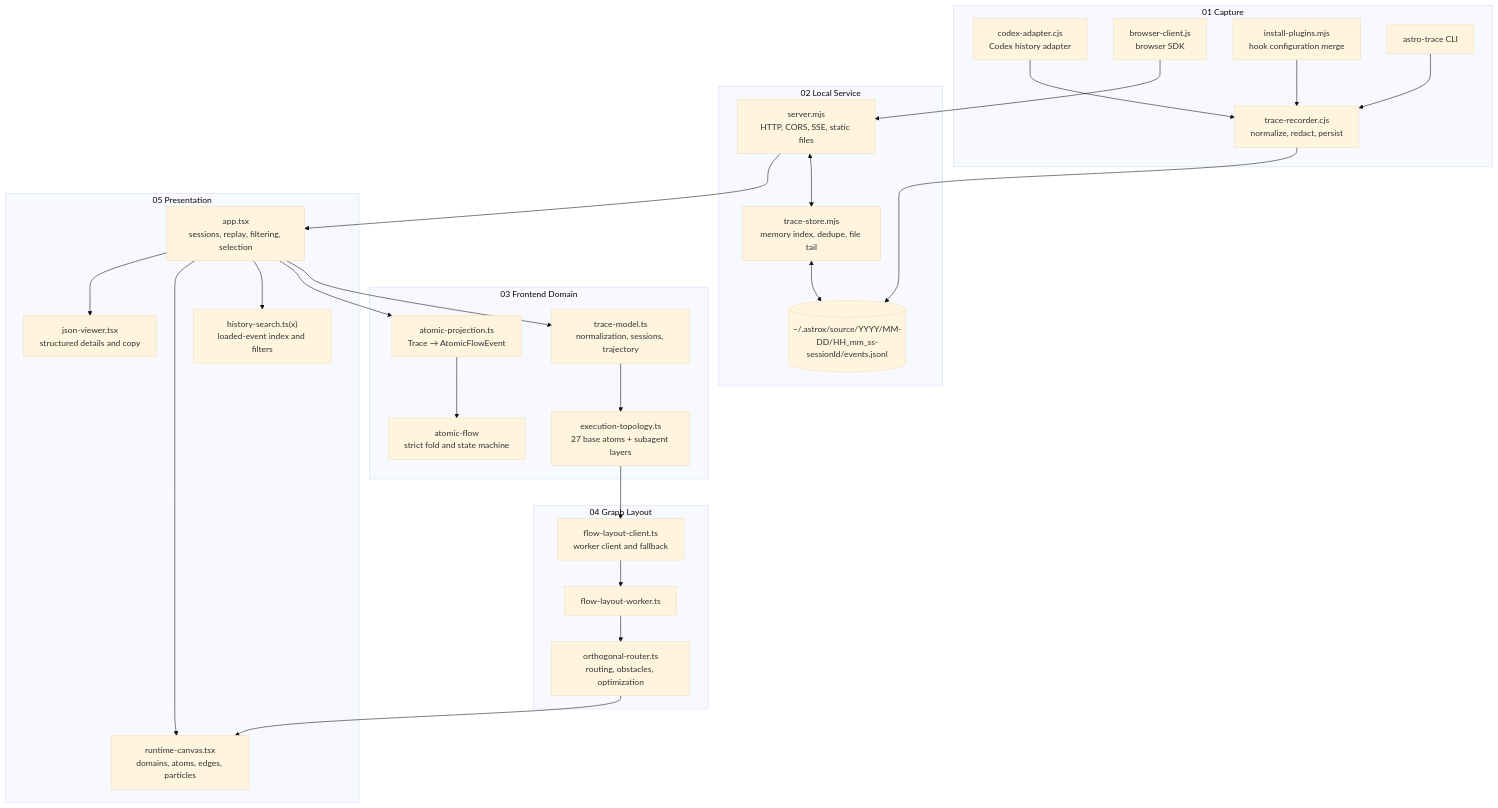
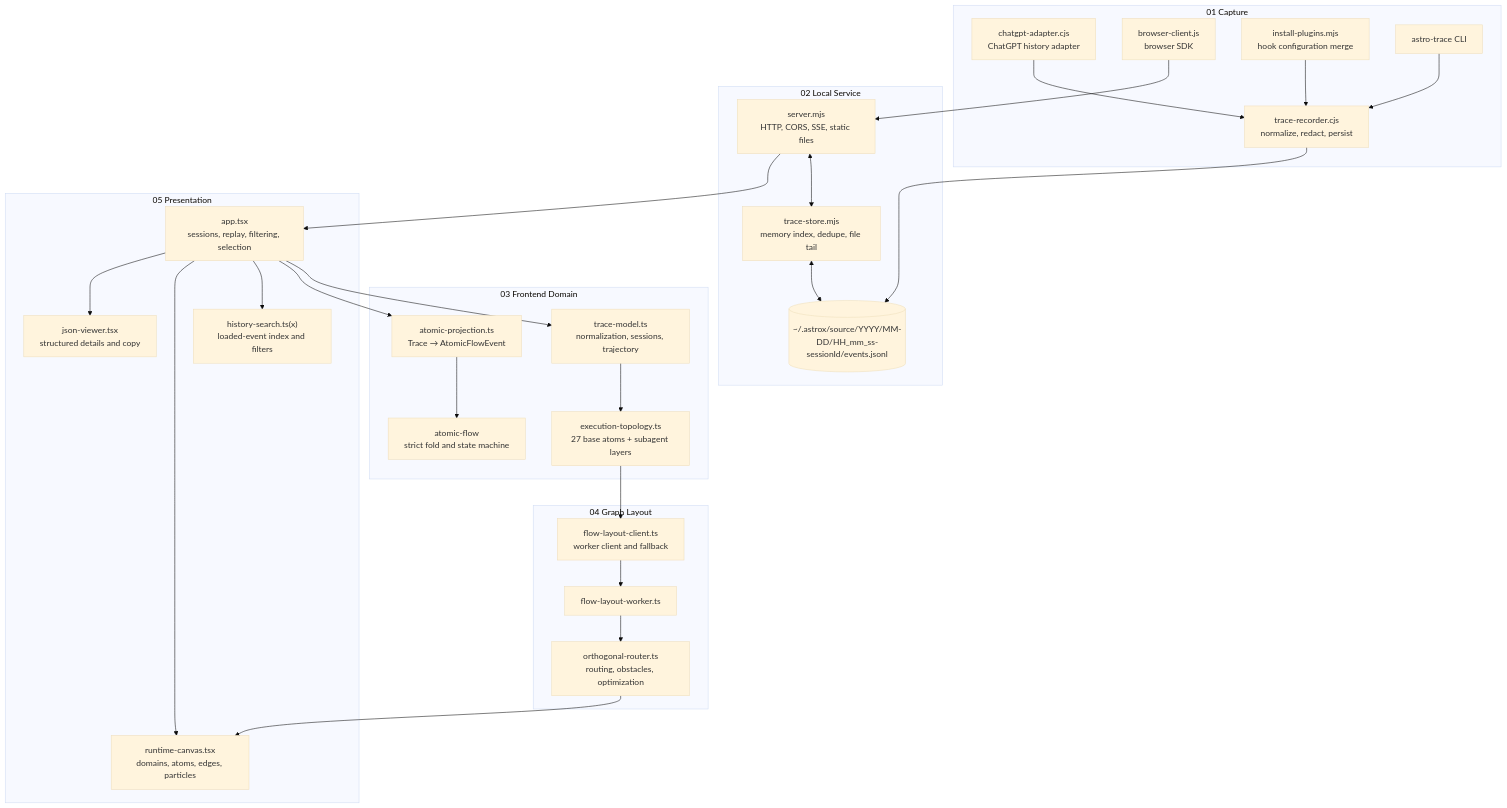
Before and after one commit to chaos-design/astro: the second of 3 diagrams in docs/architecture-en.md, drawn with Mermaid (base theme). The commit also changed other lines of this file and 104 other files, not shown here.

First line of the commit message:
refactor(brand): rename Codex to ChatGPT across the codebase

````diff
--- a/docs/architecture-en.md
+++ b/docs/architecture-en.md
@@ -62,53 +62,53 @@
 ```mermaid
 flowchart TB
   subgraph Capture["01 Capture"]
     IR["trace-recorder.cjs<br/>normalize, redact, persist"]
-    CA["codex-adapter.cjs<br/>Codex history adapter"]
+    CA["chatgpt-adapter.cjs<br/>ChatGPT history adapter"]
     BC["browser-client.js<br/>browser SDK"]
     IN["install-plugins.mjs<br/>hook configuration merge"]
     CLI["astro-trace CLI"]
   end
 
   subgraph Service["02 Local Service"]
     HS["server.mjs<br/>HTTP, CORS, SSE, static files"]
     TS["trace-store.mjs<br/>memory index, dedupe, file tail"]
     FS[("~/.astrox/source/YYYY/MM-DD/HH_mm_ss-sessionId/events.jsonl")]
   end
 
   subgraph Domain["03 Frontend Domain"]
     TM["trace-model.ts<br/>normalization, sessions, trajectory"]
     EP["execution-topology.ts<br/>27 base atoms + subagent layers"]
     AP["atomic-projection.ts<br/>Trace → AtomicFlowEvent"]
     AF["atomic-flow<br/>strict fold and state machine"]
   end
 
   subgraph Layout["04 Graph Layout"]
     FC["flow-layout-client.ts<br/>worker client and fallback"]
     FW["flow-layout-worker.ts"]
     OR["orthogonal-router.ts<br/>routing, obstacles, optimization"]
   end
 
   subgraph Presentation["05 Presentation"]
     APP["app.tsx<br/>sessions, replay, filtering, selection"]
     SEARCH["history-search.ts(x)<br/>loaded-event index and filters"]
     RC["runtime-canvas.tsx<br/>domains, atoms, edges, particles"]
     JV["json-viewer.tsx<br/>structured details and copy"]
   end
 
   IN --> IR
   CLI --> IR
   CA --> IR
   BC --> HS
   IR --> FS
   HS <--> TS
   TS <--> FS
   HS --> APP
   APP --> TM
   TM --> EP
   APP --> AP --> AF
   EP --> FC --> FW --> OR
   OR --> RC
   APP --> SEARCH
   APP --> RC
   APP --> JV
 ```
````
